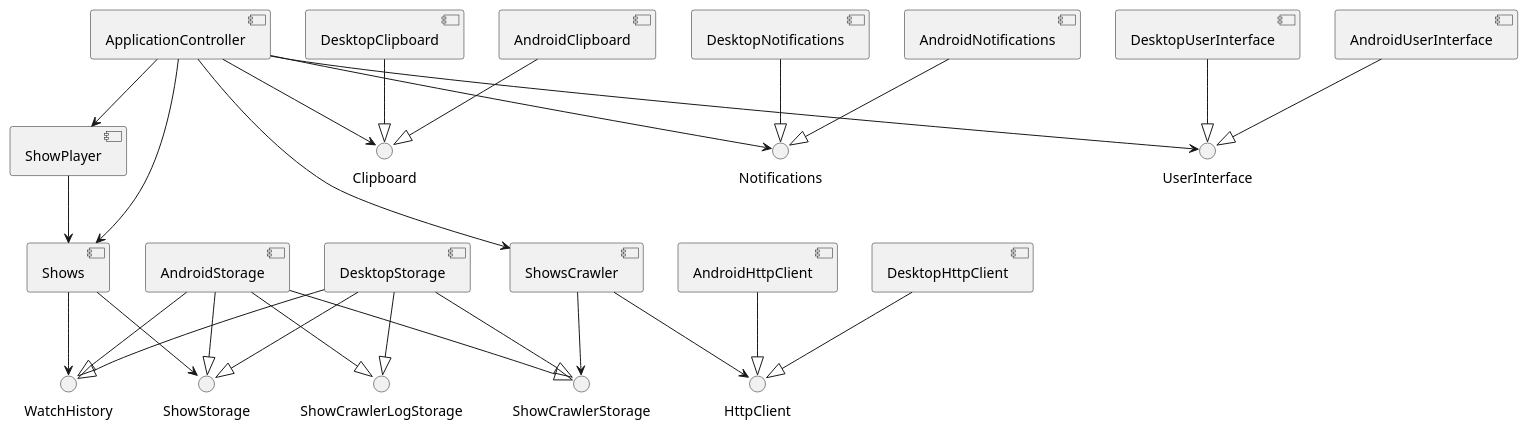
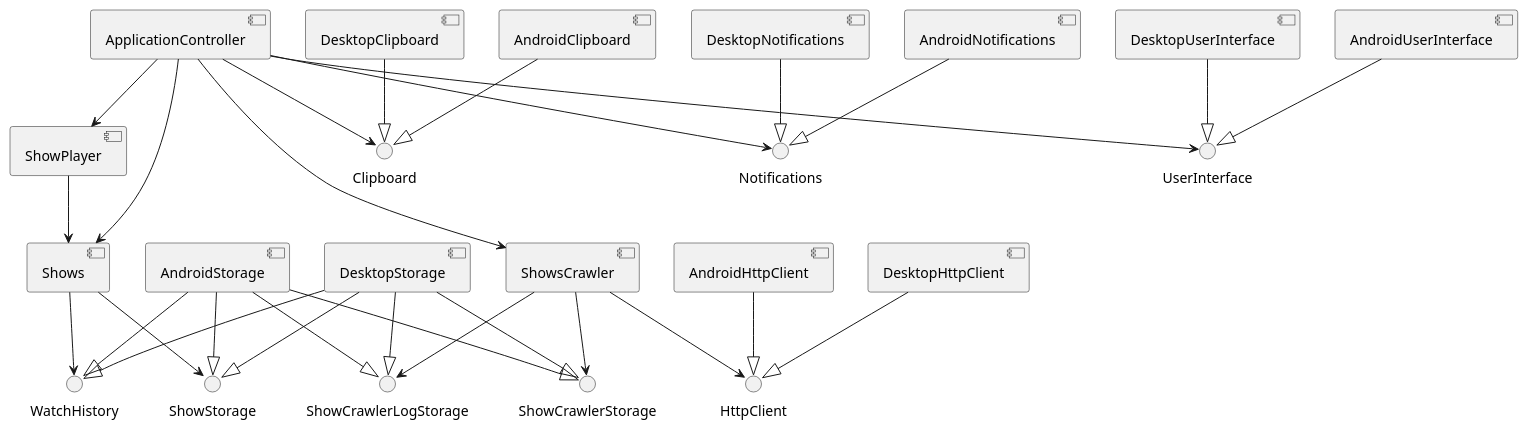
One commit to gorolykmaxim/Serio changed the diagram in java-modules.puml. Above: the diagram before and after it, drawn with PlantUML.

Commit message:
Fix java-modules.puml
Add missing dependency between ShowsCrawler and ShowCrawlerLogStorage
modules.

```diff
--- a/java-modules.puml
+++ b/java-modules.puml
@@ -1,37 +1,38 @@
 @startuml
 interface ShowStorage
 interface WatchHistory
 interface ShowCrawlerStorage
 interface ShowCrawlerLogStorage
 interface HttpClient
 interface Clipboard
 interface Notifications
 interface UserInterface
 [AndroidStorage] --|> WatchHistory
 [AndroidStorage] --|> ShowStorage
 [AndroidStorage] --|> ShowCrawlerStorage
 [AndroidStorage] --|> ShowCrawlerLogStorage
 [DesktopStorage] --|> WatchHistory
 [DesktopStorage] --|> ShowStorage
 [DesktopStorage] --|> ShowCrawlerStorage
 [DesktopStorage] --|> ShowCrawlerLogStorage
 [AndroidHttpClient] --|> HttpClient
 [DesktopHttpClient] --|> HttpClient
 [AndroidClipboard] --|> Clipboard
 [DesktopClipboard] --|> Clipboard
 [AndroidNotifications] --|> Notifications
 [DesktopNotifications] --|> Notifications
 [AndroidUserInterface] --|> UserInterface
 [DesktopUserInterface] --|> UserInterface
 [Shows] --> WatchHistory
 [Shows] --> ShowStorage
 [ShowsCrawler] --> ShowCrawlerStorage
 [ShowsCrawler] --> HttpClient
+[ShowsCrawler] --> ShowCrawlerLogStorage
 [ShowPlayer] --> [Shows]
 [ApplicationController] --> [Shows]
 [ApplicationController] --> [ShowPlayer]
 [ApplicationController] --> [ShowsCrawler]
 [ApplicationController] --> Clipboard
 [ApplicationController] --> Notifications
 [ApplicationController] --> UserInterface
 @enduml
```
